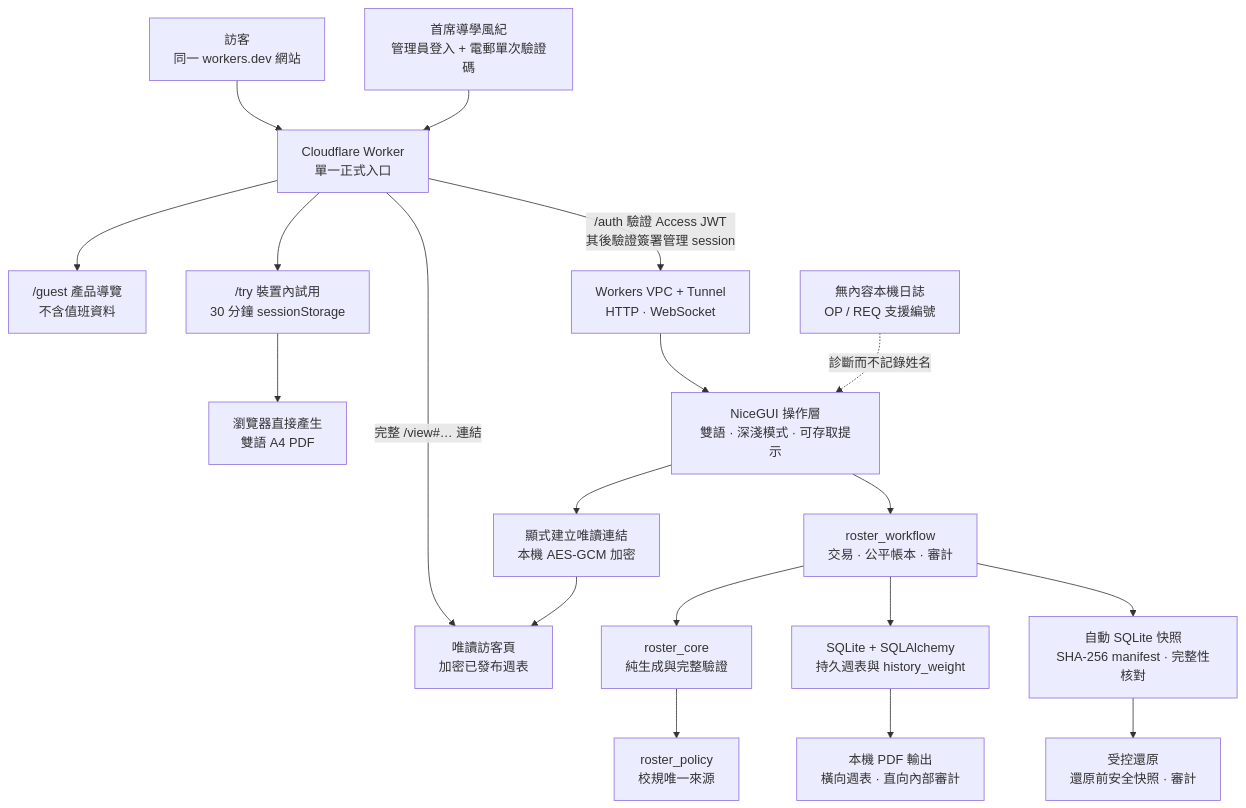
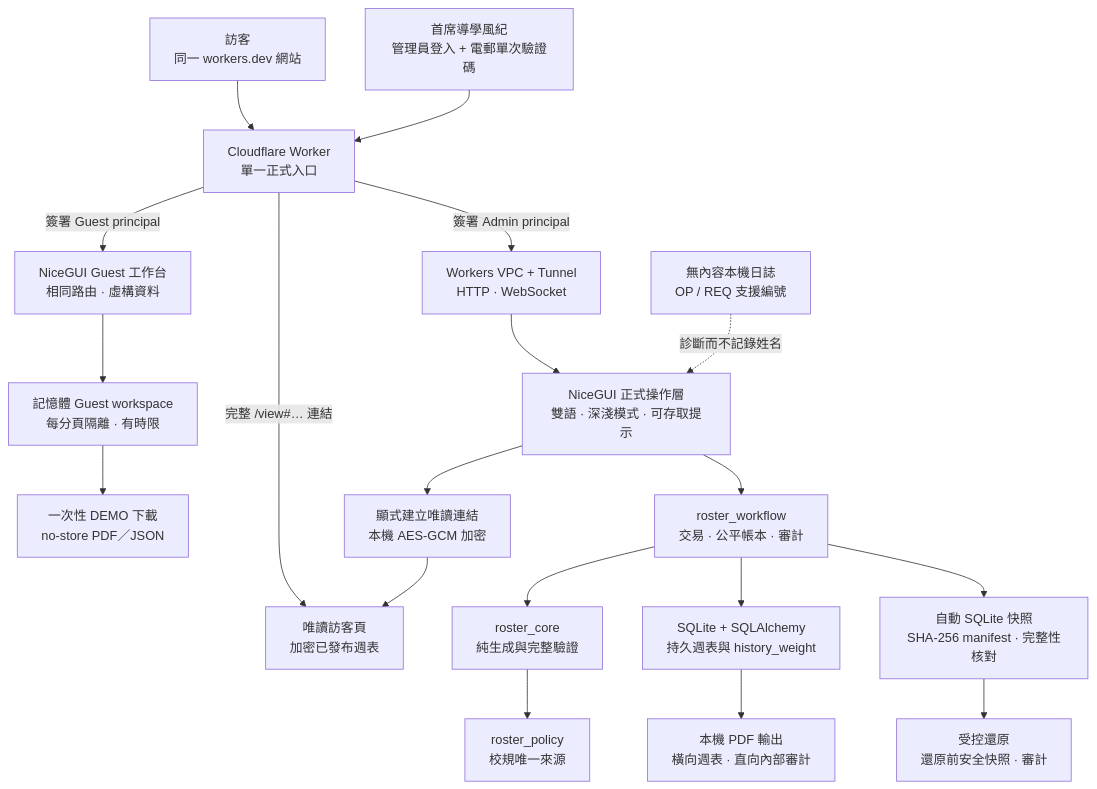
The first of 2 diagrams in README.md (JackyLi10777/Study-Prefect-Duty-Roster-System), drawn with Mermaid before and after one commit. The commit also changed other lines of this file and 104 other files, not shown here.

Commit message:
feat: build unified admin and guest runtime

````diff
--- a/README.md
+++ b/README.md
@@ -165,21 +167,21 @@
 ```mermaid
 flowchart TB
     GUEST["訪客<br/>同一 workers.dev 網站"] --> EDGE["Cloudflare Worker<br/>單一正式入口"]
     OP["首席導學風紀<br/>管理員登入 + 電郵單次驗證碼"] --> EDGE
-    EDGE --> TOUR["/guest 產品導覽<br/>不含值班資料"]
-    EDGE --> TRIAL["/try 裝置內試用<br/>30 分鐘 sessionStorage"]
-    TRIAL --> TRIALPDF["瀏覽器直接產生<br/>雙語 A4 PDF"]
+    EDGE -->|簽署 Guest principal| GUESTUI["NiceGUI Guest 工作台<br/>相同路由 · 虛構資料"]
+    GUESTUI --> GUESTMEM["記憶體 Guest workspace<br/>每分頁隔離 · 有時限"]
+    GUESTMEM --> TRIALPDF["一次性 DEMO 下載<br/>no-store PDF／JSON"]
     EDGE -->|完整 /view#… 連結| VIEWER["唯讀訪客頁<br/>加密已發布週表"]
-    EDGE -->|/auth 驗證 Access JWT<br/>其後驗證簽署管理 session| VPC["Workers VPC + Tunnel<br/>HTTP · WebSocket"]
-    VPC --> UI["NiceGUI 操作層<br/>雙語 · 深淺模式 · 可存取提示"]
+    EDGE -->|簽署 Admin principal| VPC["Workers VPC + Tunnel<br/>HTTP · WebSocket"]
+    VPC --> UI["NiceGUI 正式操作層<br/>雙語 · 深淺模式 · 可存取提示"]
     UI --> WF["roster_workflow<br/>交易 · 公平帳本 · 審計"]
     WF --> CORE["roster_core<br/>純生成與完整驗證"]
     CORE --> POLICY["roster_policy<br/>校規唯一來源"]
     WF --> DB["SQLite + SQLAlchemy<br/>持久週表與 history_weight"]
     WF --> SNAP["自動 SQLite 快照<br/>SHA-256 manifest · 完整性核對"]
     DB --> PDF["本機 PDF 輸出<br/>橫向週表 · 直向內部審計"]
     UI --> SHARE["顯式建立唯讀連結<br/>本機 AES-GCM 加密"]
     SHARE --> VIEWER
     SNAP --> RESTORE["受控還原<br/>還原前安全快照 · 審計"]
     LOG["無內容本機日誌<br/>OP / REQ 支援編號"] -. 診斷而不記錄姓名 .-> UI
 ```
````
